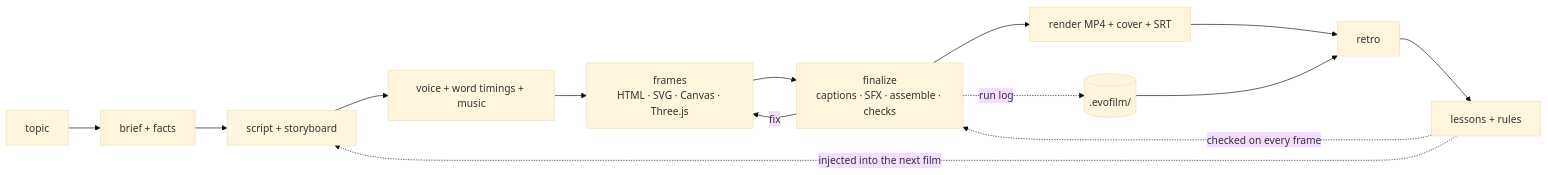
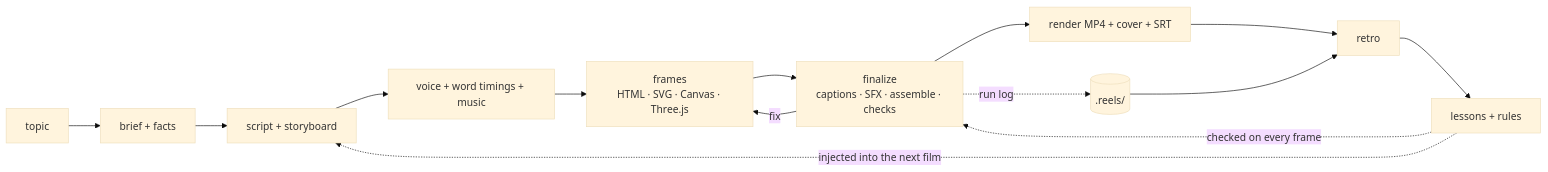
The diagram in README.md (agentic-loops-x/Reels-RSI), drawn with Mermaid (base theme) before and after one commit. The commit also changed other lines of this file and 183 other files, not shown here.

````diff
--- a/README.md
+++ b/README.md
@@ -68,16 +68,16 @@
 ```mermaid
 flowchart LR
   A[topic] --> B[brief + facts]
   B --> C[script + storyboard]
   C --> D[voice + word timings + music]
   D --> E[frames<br/>HTML · SVG · Canvas · Three.js]
   E --> F[finalize<br/>captions · SFX · assemble · checks]
   F -->|fix| E
   F --> G[render MP4 + cover + SRT]
-  F -. run log .-> H[(.evofilm/)]
+  F -. run log .-> H[(.reels/)]
   G --> I[retro]
   H --> I
   I --> J[lessons + rules]
   J -. injected into the next film .-> C
   J -. checked on every frame .-> F
 ```
````
